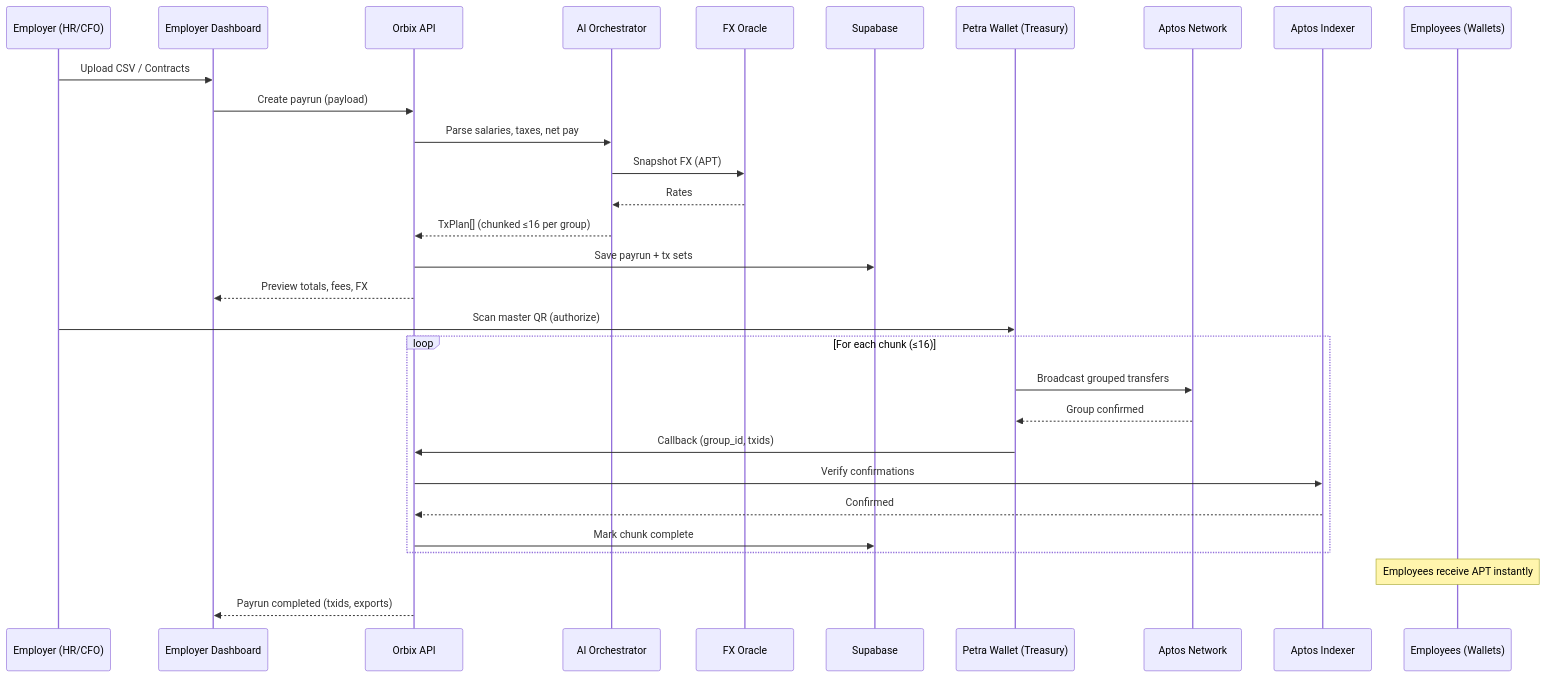
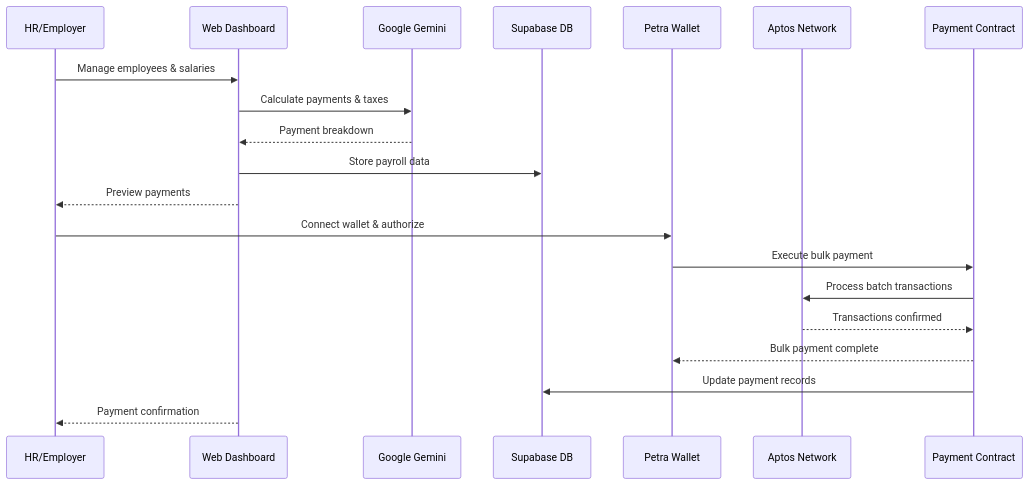
The third of 3 diagrams in README.md (somewherelostt/Orbix), drawn with Mermaid before and after one commit. The commit also changed other lines of this file and 2 other files, not shown here.

````diff
--- a/README.md
+++ b/README.md
@@ -151,35 +157,23 @@
 ```mermaid
 sequenceDiagram
-  participant HR as Employer (HR/CFO)
-  participant Dash as Employer Dashboard
-  participant API as Orbix API
-  participant AI as AI Orchestrator
-  participant FX as FX Oracle
-  participant Supa as Supabase
-  participant Petra as Petra Wallet (Treasury)
-  participant AptosNet as Aptos Network
-  participant Indexer as Aptos Indexer
-  participant Emp as Employees (Wallets)
+  participant HR as HR/Employer
+  participant Dashboard as Web Dashboard
+  participant AI as Google Gemini
+  participant Supabase as Supabase DB
+  participant Petra as Petra Wallet
+  participant Aptos as Aptos Network
+  participant Contract as Payment Contract
 
-  HR->>Dash: Upload CSV / Contracts
-  Dash->>API: Create payrun (payload)
-  API->>AI: Parse salaries, taxes, net pay
-  AI->>FX: Snapshot FX (APT)
-  FX-->>AI: Rates
-  AI-->>API: TxPlan[] (chunked ≤16 per group)
-  API->>Supa: Save payrun + tx sets
-  API-->>Dash: Preview totals, fees, FX
-
-  HR->>Petra: Scan master QR (authorize)
-  loop For each chunk (≤16)
-    Petra->>AptosNet: Broadcast grouped transfers
-    AptosNet-->>Petra: Group confirmed
-    Petra->>API: Callback (group_id, txids)
-    API->>Indexer: Verify confirmations
-    Indexer-->>API: Confirmed
-    API->>Supa: Mark chunk complete
-  end
-
-  note over Emp: Employees receive APT instantly
-  API-->>Dash: Payrun completed (txids, exports)
+  HR->>Dashboard: Manage employees & salaries
+  Dashboard->>AI: Calculate payments & taxes
+  AI-->>Dashboard: Payment breakdown
+  Dashboard->>Supabase: Store payroll data
+  Dashboard-->>HR: Preview payments
+  HR->>Petra: Connect wallet & authorize
+  Petra->>Contract: Execute bulk payment
+  Contract->>Aptos: Process batch transactions
+  Aptos-->>Contract: Transactions confirmed
+  Contract-->>Petra: Bulk payment complete
+  Contract->>Supabase: Update payment records
+  Dashboard-->>HR: Payment confirmation
 ```
````
